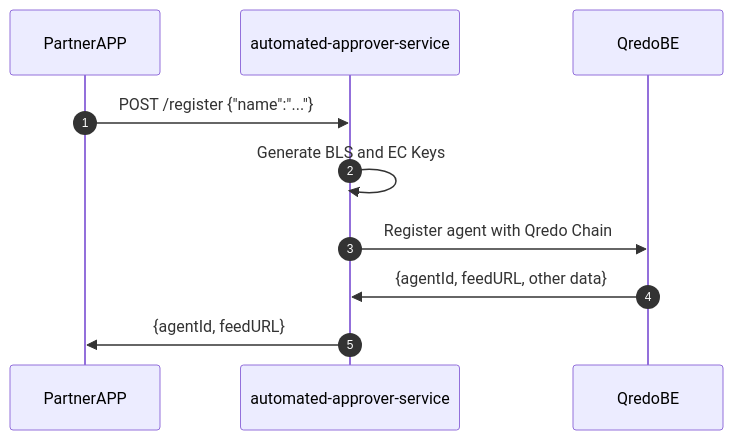
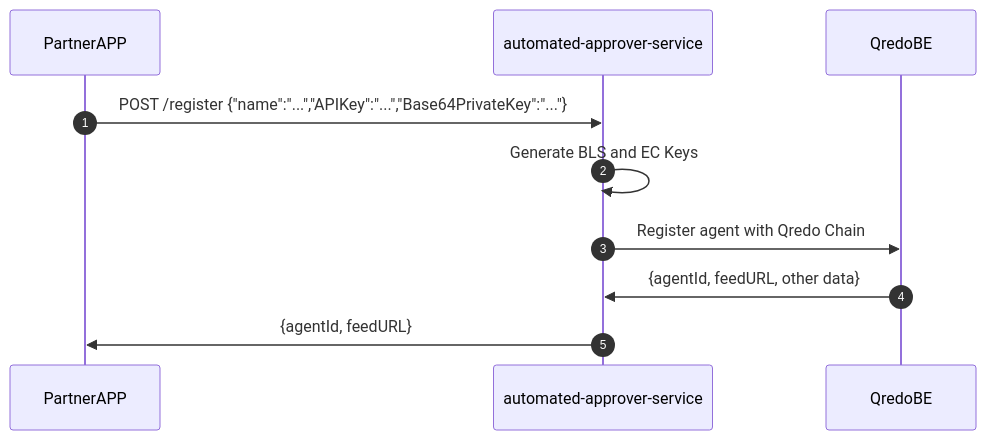
The first of 3 diagrams in doc/usage.md (qredo/signing-agent), drawn with Mermaid before and after one commit. The commit also changed other lines of this file and 23 other files, not shown here.

Commit message:
CE-33 - remove apikey and private.pem files - ZKP credentials

````diff
--- a/doc/usage.md
+++ b/doc/usage.md
@@ -17,9 +17,9 @@
 ```mermaid
 sequenceDiagram
-  autonumber
-  PartnerAPP->>automated-approver-service:POST /register {"name":"..."}
+autonumber
+  PartnerAPP->>automated-approver-service:POST /register {"name":"...","APIKey":"...","Base64PrivateKey":"..."}
   automated-approver-service->>automated-approver-service: Generate BLS and EC Keys
   automated-approver-service->>QredoBE: Register agent with Qredo Chain
   QredoBE->>automated-approver-service: {agentId, feedURL, other data} 
   automated-approver-service->>PartnerAPP: {agentId, feedURL}
 ```
````
